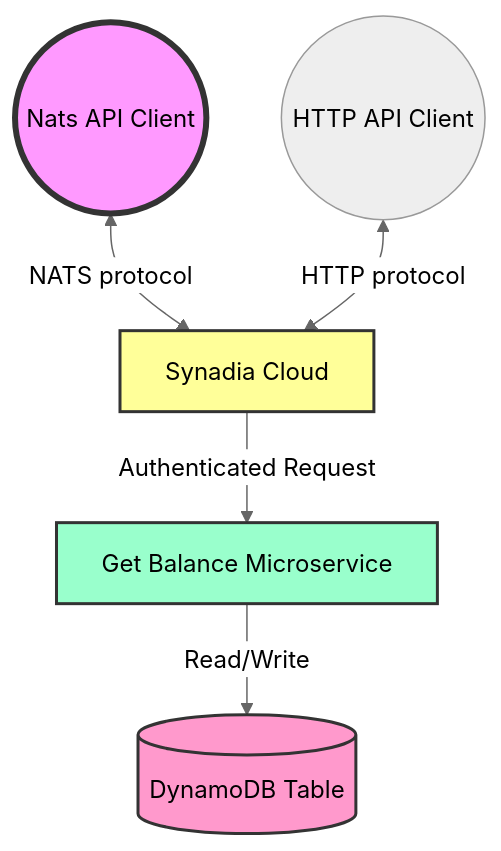
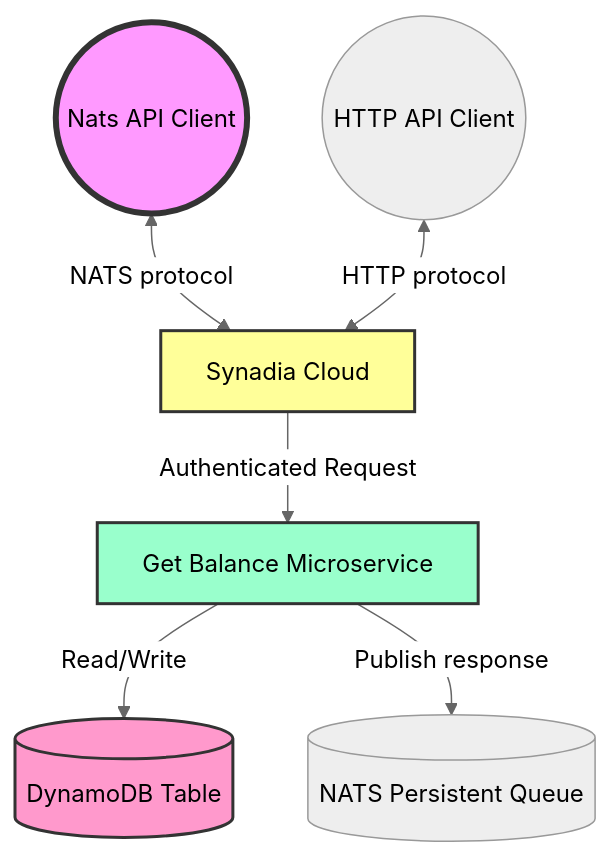
Before and after one commit to aws-samples/sqs-fargate-ddb-cdk-go: the diagram in README.md, drawn with Mermaid (neutral theme). The commit also changed other lines of this file and 1 other file, not shown here.

Commit message:
Added Jetstream persistent messages

````diff
--- a/README.md
+++ b/README.md
@@ -10,18 +10,20 @@
 ```mermaid
 graph TD
     U((Nats API Client))
     U2((HTTP API Client))
     T[Synadia Cloud]
     B[Get Balance Microservice]
     C[(DynamoDB Table)]
+    Q[(NATS Persistent Queue)]
 
     U <-->|NATS protocol| T
     U2 <-->|HTTP protocol| T
     T -->|Authenticated Request| B
     B -->|Read/Write| C
+    B -->|Publish response| Q
 
     style U fill:#f9f,stroke:#333,stroke-width:4px
     style T fill:#ff9,stroke:#333,stroke-width:2px
     style B fill:#9fc,stroke:#333,stroke-width:2px
     style C fill:#f9c,stroke:#333,stroke-width:2px
 ```
````
